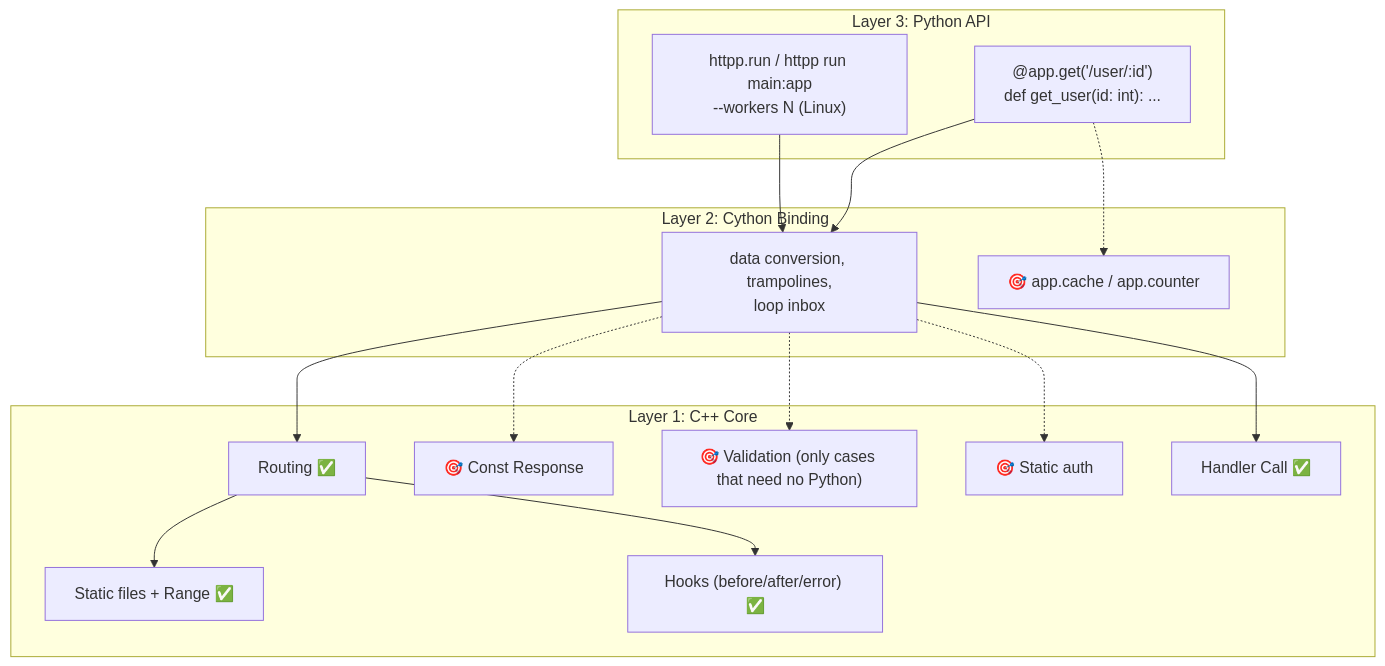
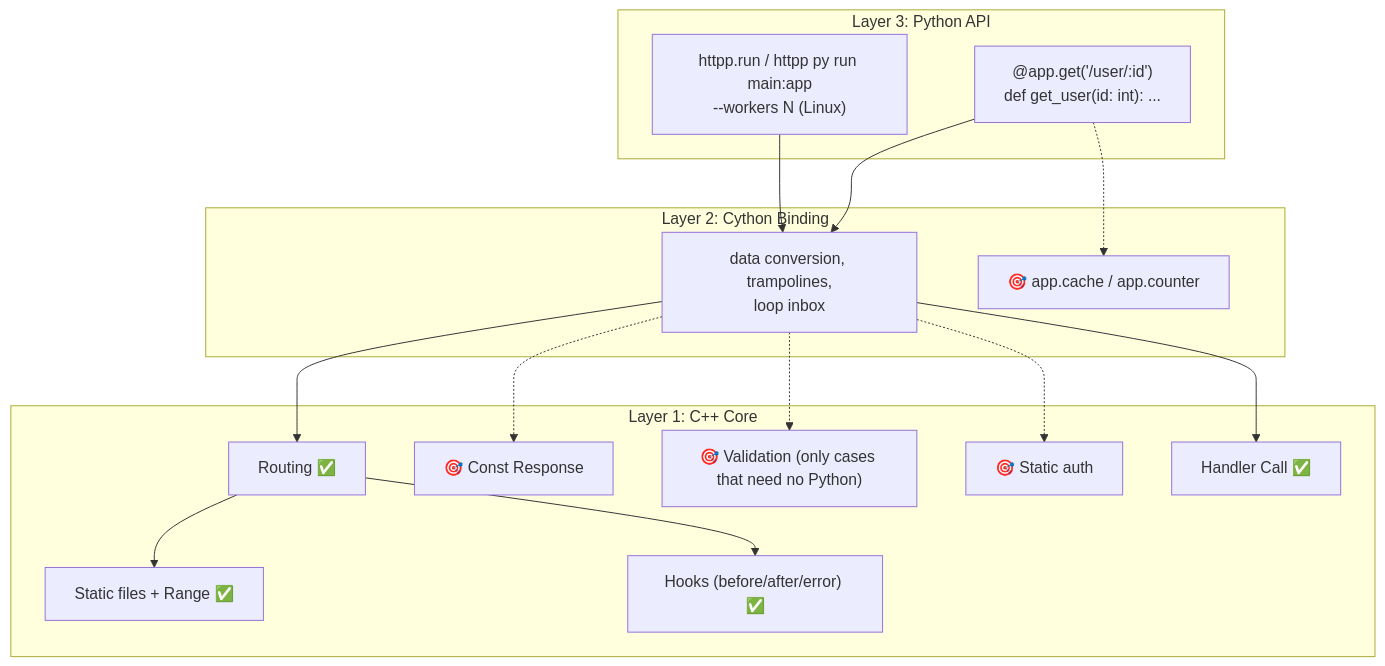
Before and after one commit to MohammadRaziei/httpp: the third of 6 diagrams in docs/Architecture.md, drawn with Mermaid. The commit also changed other lines of this file and 38 other files, not shown here.

````diff
--- a/docs/Architecture.md
+++ b/docs/Architecture.md
@@ -117,33 +117,33 @@
 ```mermaid
 graph TB
     subgraph "Layer 3: Python API"
         API["@app.get('/user/:id')<br/>def get_user(id: int): ..."]
-        RUN["httpp.run / httpp run main:app<br/>--workers N (Linux)"]
+        RUN["httpp.run / httpp py run main:app<br/>--workers N (Linux)"]
     end
 
     subgraph "Layer 2: Cython Binding"
         PROXY["data conversion, trampolines,<br/>loop inbox"]
         CACHE["🎯 app.cache / app.counter"]
     end
 
     subgraph "Layer 1: C++ Core"
         ROUTE["Routing ✅"]
         STATIC["Static files + Range ✅"]
         HOOKS["Hooks (before/after/error) ✅"]
         CONST["🎯 Const Response"]
         VALID["🎯 Validation (only cases that need no Python)"]
         AUTH["🎯 Static auth"]
         HANDLER["Handler Call ✅"]
     end
 
     API --> PROXY
     RUN --> PROXY
     API -.-> CACHE
     PROXY --> ROUTE
     PROXY --> HANDLER
     ROUTE --> STATIC
     ROUTE --> HOOKS
     PROXY -.-> CONST
     PROXY -.-> VALID
     PROXY -.-> AUTH
 ```
````
